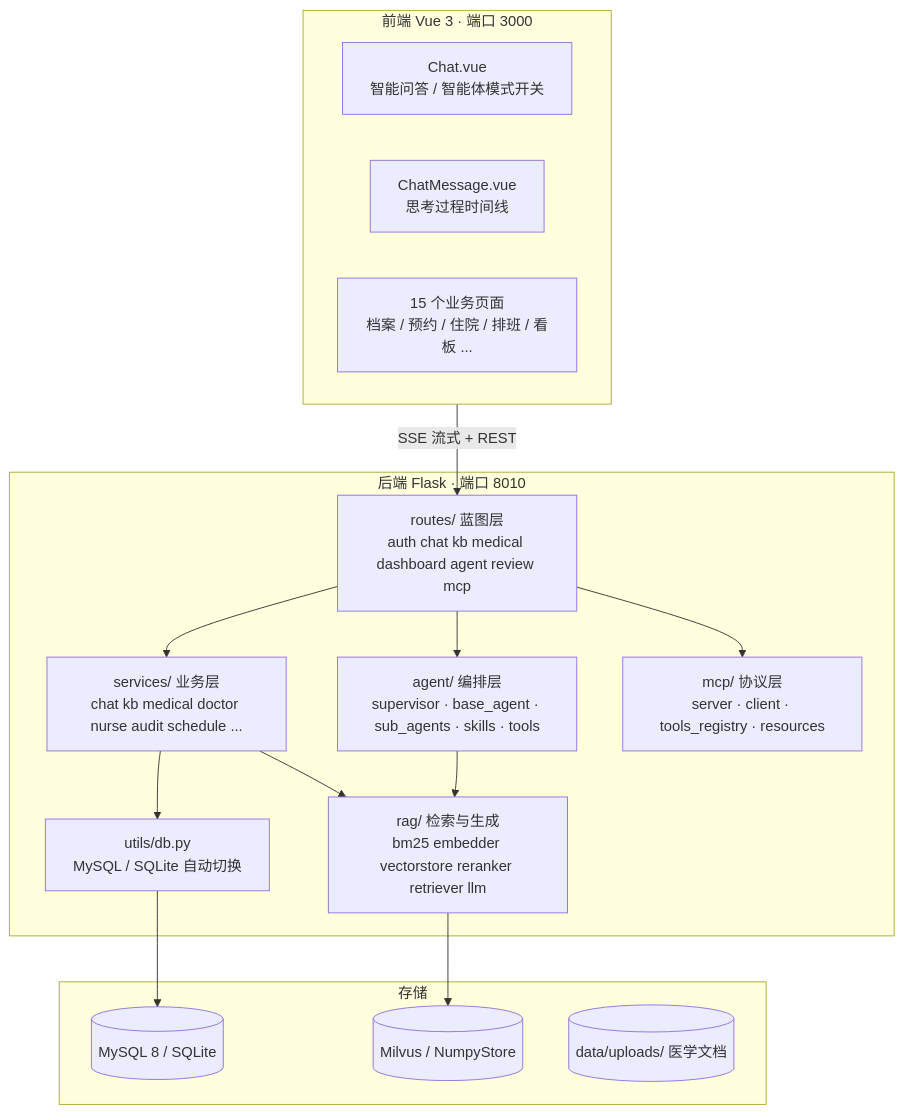
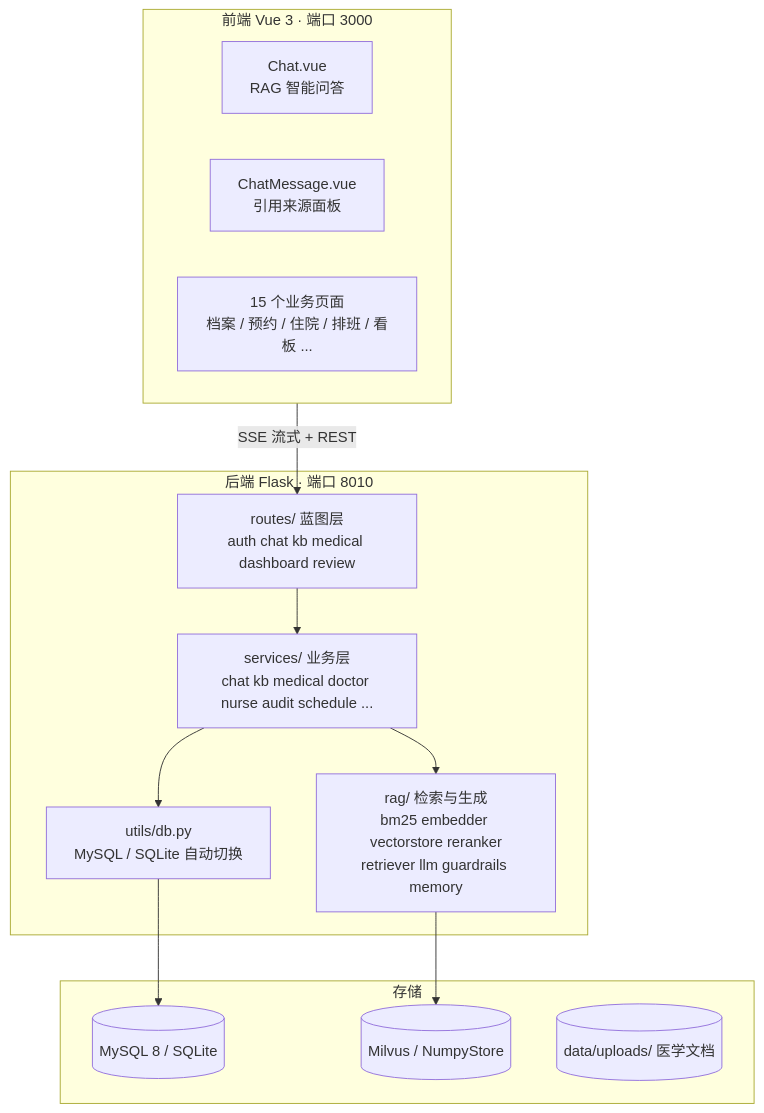
One commit to SFANBLOG/medical-assistant-master changed the diagram in README.md. Above: the diagram before and after it, drawn with Mermaid. The commit also changed other lines of this file and 57 other files, not shown here.

First line of the commit message:
refactor: 项目由 Agent 双模式改造为纯 RAG 架构

````diff
--- a/README.md
+++ b/README.md
@@ -88,33 +85,28 @@
 ```mermaid
 flowchart TB
     subgraph FE["前端 Vue 3 · 端口 3000"]
-        C["Chat.vue<br/>智能问答 / 智能体模式开关"]
-        V["ChatMessage.vue<br/>思考过程时间线"]
+        C["Chat.vue<br/>RAG 智能问答"]
+        V["ChatMessage.vue<br/>引用来源面板"]
         P["15 个业务页面<br/>档案 / 预约 / 住院 / 排班 / 看板 ..."]
     end
 
     subgraph BE["后端 Flask · 端口 8010"]
-        R["routes/ 蓝图层<br/>auth chat kb medical dashboard agent review mcp"]
+        R["routes/ 蓝图层<br/>auth chat kb medical dashboard review"]
         S["services/ 业务层<br/>chat kb medical doctor nurse audit schedule ..."]
-        A["agent/ 编排层<br/>supervisor · base_agent · sub_agents · skills · tools"]
-        M["mcp/ 协议层<br/>server · client · tools_registry · resources"]
-        G["rag/ 检索与生成<br/>bm25 embedder vectorstore reranker retriever llm"]
+        G["rag/ 检索与生成<br/>bm25 embedder vectorstore reranker<br/>retriever llm guardrails memory"]
         D["utils/db.py<br/>MySQL / SQLite 自动切换"]
     end
 
     subgraph ST["存储"]
         DB[("MySQL 8 / SQLite")]
         VS[("Milvus / NumpyStore")]
         FS[("data/uploads/ 医学文档")]
     end
 
     FE -->|"SSE 流式 + REST"| R
     R --> S
-    R --> A
-    R --> M
-    A --> G
     S --> G
     S --> D
     G --> VS
     D --> DB
 ```
````
